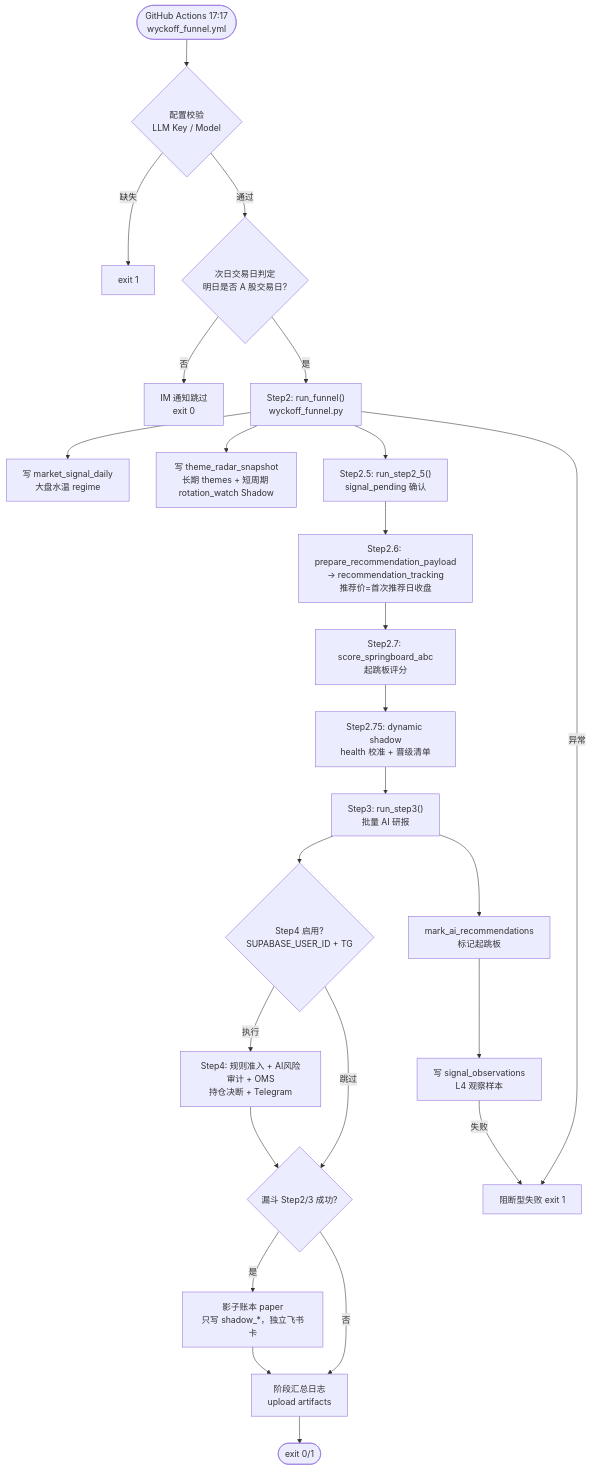
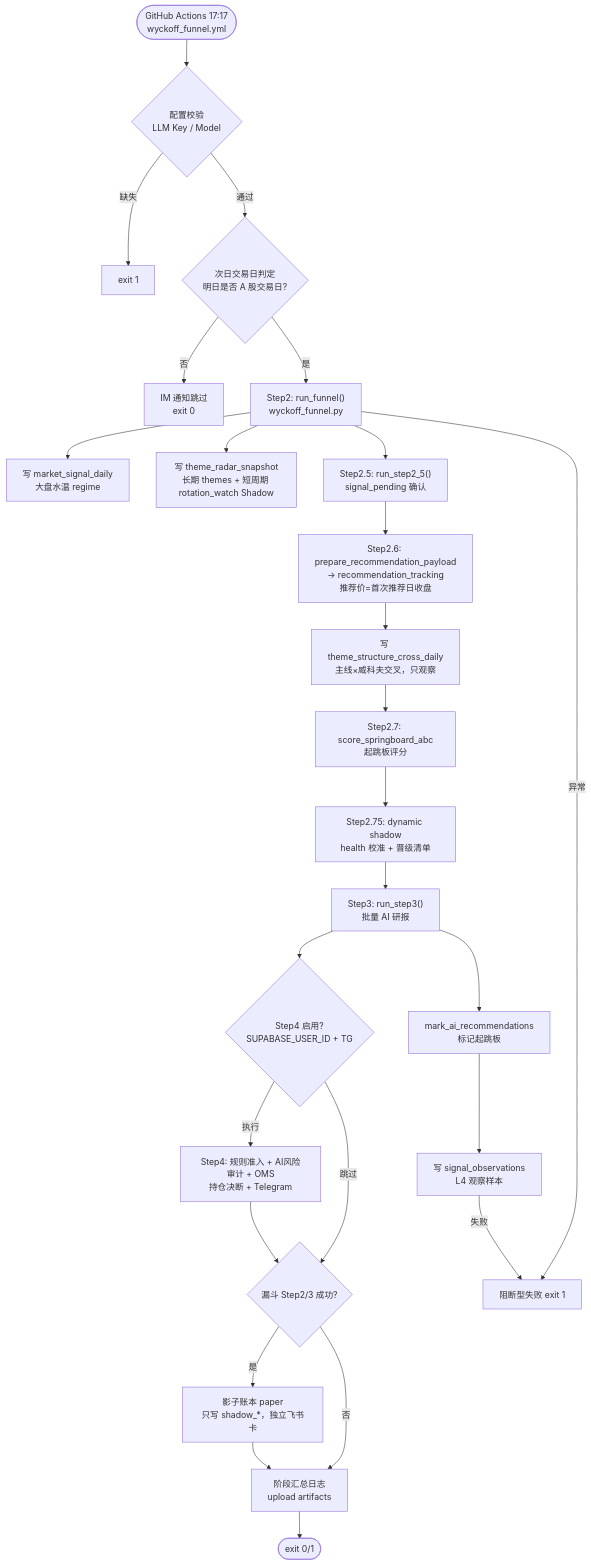
Before and after one commit to YoungCan-Wang/WyckoffTradingAgent: the second of 7 diagrams in docs/A_SHARE_FUNNEL_FLOW.md, drawn with Mermaid. The commit also changed other lines of this file and 24 other files, not shown here.

````diff
--- a/docs/A_SHARE_FUNNEL_FLOW.md
+++ b/docs/A_SHARE_FUNNEL_FLOW.md
@@ -82,32 +84,32 @@
 ```mermaid
 flowchart TD
     START(["GitHub Actions 17:17<br/>wyckoff_funnel.yml"]) --> CHECK1{"配置校验<br/>LLM Key / Model"}
     CHECK1 -->|缺失| FAIL1["exit 1"]
     CHECK1 -->|通过| CHECK2{"次日交易日判定<br/>明日是否 A 股交易日?"}
     CHECK2 -->|否| SKIP["IM 通知跳过<br/>exit 0"]
     CHECK2 -->|是| STEP2
 
     STEP2["Step2: run_funnel()<br/>wyckoff_funnel.py"] --> P1["写 market_signal_daily<br/>大盘水温 regime"]
     STEP2 --> P2["写 theme_radar_snapshot<br/>长期 themes + 短周期 rotation_watch Shadow"]
     STEP2 --> S25
 
     S25["Step2.5: run_step2_5()<br/>signal_pending 确认"] --> S26
-    S26["Step2.6: prepare_recommendation_payload<br/>→ recommendation_tracking<br/>推荐价=首次推荐日收盘"] --> S27
+    S26["Step2.6: prepare_recommendation_payload<br/>→ recommendation_tracking<br/>推荐价=首次推荐日收盘"] --> S265["写 theme_structure_cross_daily<br/>主线×威科夫交叉，只观察"] --> S27
     S27["Step2.7: score_springboard_abc<br/>起跳板评分"] --> S275["Step2.75: dynamic shadow<br/>health 校准 + 晋级清单"] --> S3
 
     S3["Step3: run_step3()<br/>批量 AI 研报"] --> MARK["mark_ai_recommendations<br/>标记起跳板"]
     MARK --> OBS["写 signal_observations<br/>L4 观察样本"]
 
     S3 --> S4CHK{"Step4 启用?<br/>SUPABASE_USER_ID + TG"}
     S4CHK -->|跳过| SHADOW
     S4CHK -->|执行| S4
 
     S4["Step4: 规则准入 + AI风险审计 + OMS<br/>持仓决断 + Telegram"] --> SHADOW
     SHADOW{"漏斗 Step2/3 成功?"} -->|是| PAPER["影子账本 paper<br/>只写 shadow_*，独立飞书卡"]
     SHADOW -->|否| SUM
     PAPER --> SUM
     SUM["阶段汇总日志<br/>upload artifacts"] --> END(["exit 0/1"])
 
     STEP2 -->|异常| BLOCK["阻断型失败 exit 1"]
     OBS -->|失败| BLOCK
 ```
````
